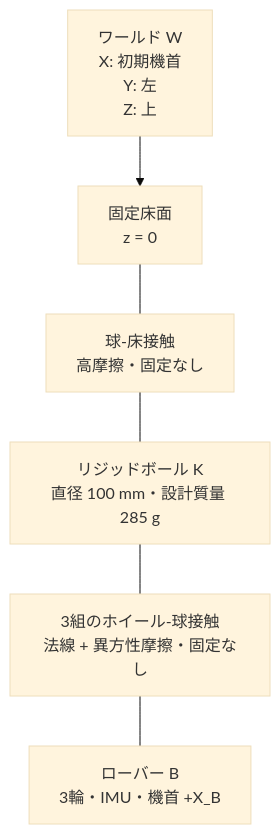
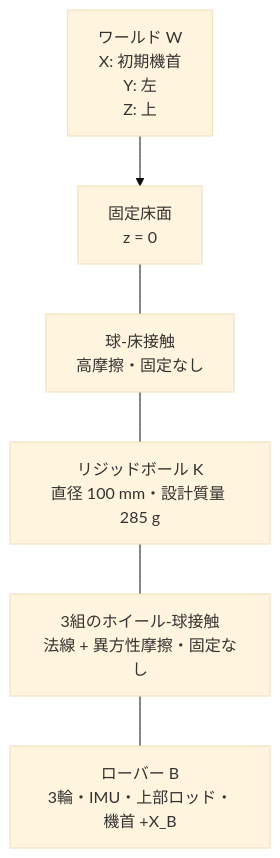
One commit to nenecchiCV/ball-balancing-omni-rover changed the first of 2 diagrams in specs/hardware_design/mechanism/ball_balancing_omnirover3wd/README.md. Above: the diagram before and after it, drawn with Mermaid (base theme). The commit also changed other lines of this file and 40 other files, not shown here.

````diff
--- a/specs/hardware_design/mechanism/ball_balancing_omnirover3wd/README.md
+++ b/specs/hardware_design/mechanism/ball_balancing_omnirover3wd/README.md
@@ -5,12 +5,12 @@
 ```mermaid
 flowchart TB
   W[ワールド W<br/>X: 初期機首<br/>Y: 左<br/>Z: 上]
   G[固定床面<br/>z = 0]
   K[リジッドボール K<br/>直径 100 mm・設計質量 285 g]
   C1[球-床接触<br/>高摩擦・固定なし]
-  B[ローバー B<br/>3輪・IMU・機首 +X_B]
+  B[ローバー B<br/>3輪・IMU・上部ロッド・機首 +X_B]
   C2[3組のホイール-球接触<br/>法線 + 異方性摩擦・固定なし]
   W --> G
   G --- C1 --- K
   K --- C2 --- B
 ```
````
